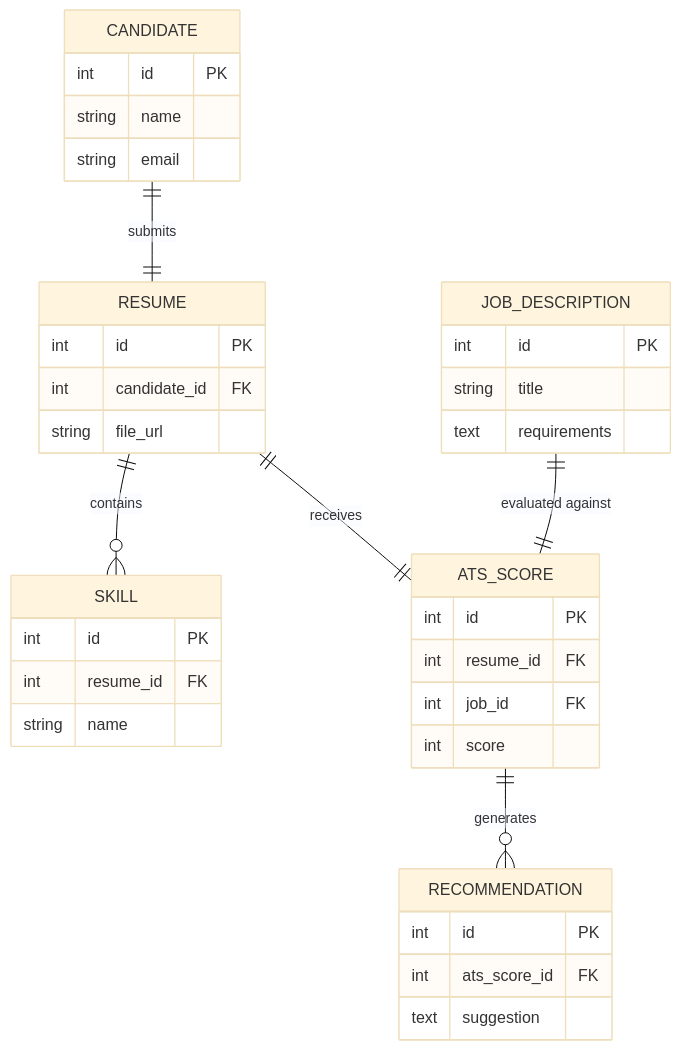
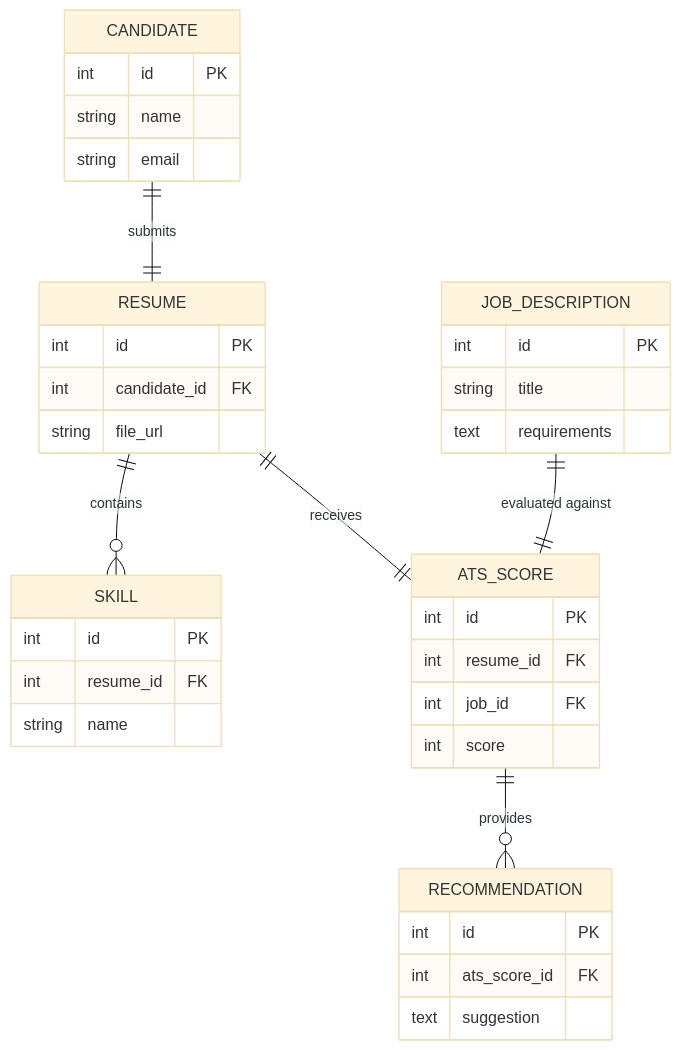
The tenth of 11 diagrams in README.md (MohammedAnas21/MohammedAnas21), drawn with Mermaid (base theme) before and after one commit. The commit also changed other lines of this file, not shown here.

````diff
--- a/README.md
+++ b/README.md
@@ -445,40 +462,40 @@
 ```mermaid
 erDiagram
     CANDIDATE {
         int id PK
         string name
         string email
     }
     RESUME {
         int id PK
         int candidate_id FK
         string file_url
     }
     SKILL {
         int id PK
         int resume_id FK
         string name
     }
     JOB_DESCRIPTION {
         int id PK
         string title
         text requirements
     }
     ATS_SCORE {
         int id PK
         int resume_id FK
         int job_id FK
         int score
     }
     RECOMMENDATION {
         int id PK
         int ats_score_id FK
         text suggestion
     }
 
     CANDIDATE ||--|| RESUME : submits
     RESUME ||--o{ SKILL : contains
     RESUME ||--|| ATS_SCORE : receives
     JOB_DESCRIPTION ||--|| ATS_SCORE : "evaluated against"
-    ATS_SCORE ||--o{ RECOMMENDATION : generates
+    ATS_SCORE ||--o{ RECOMMENDATION : provides
 ```
````
